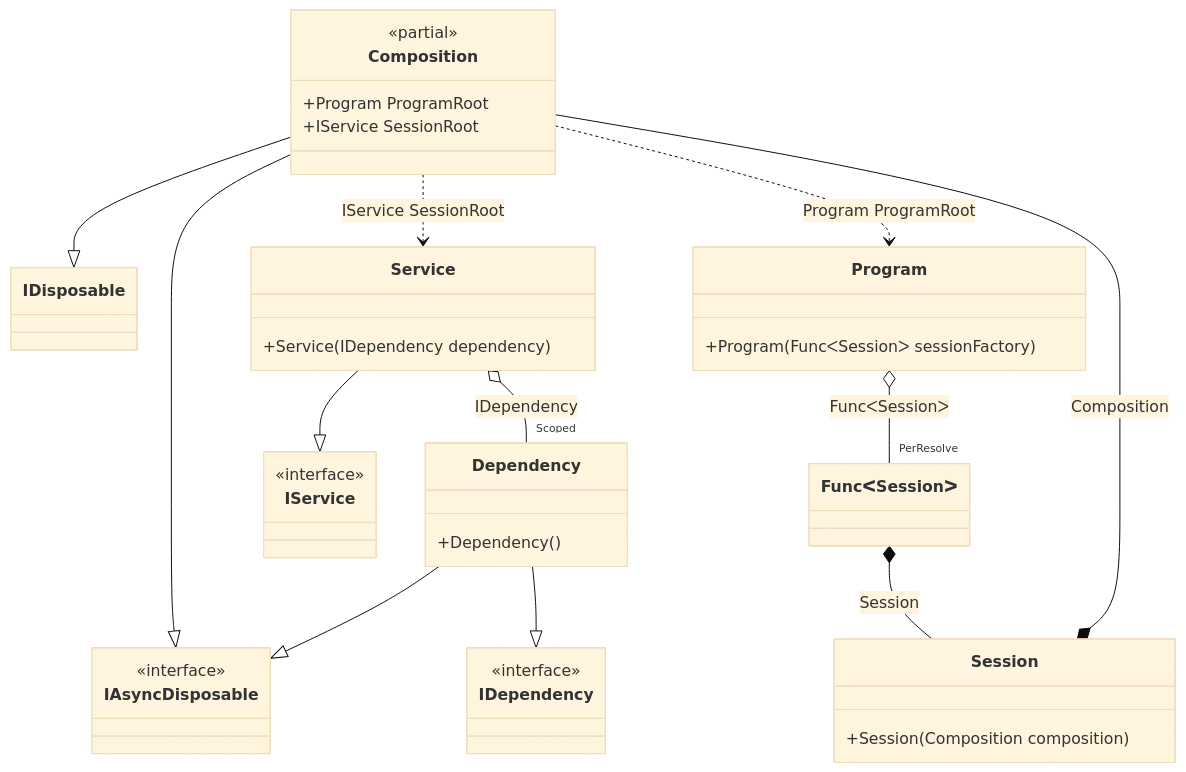
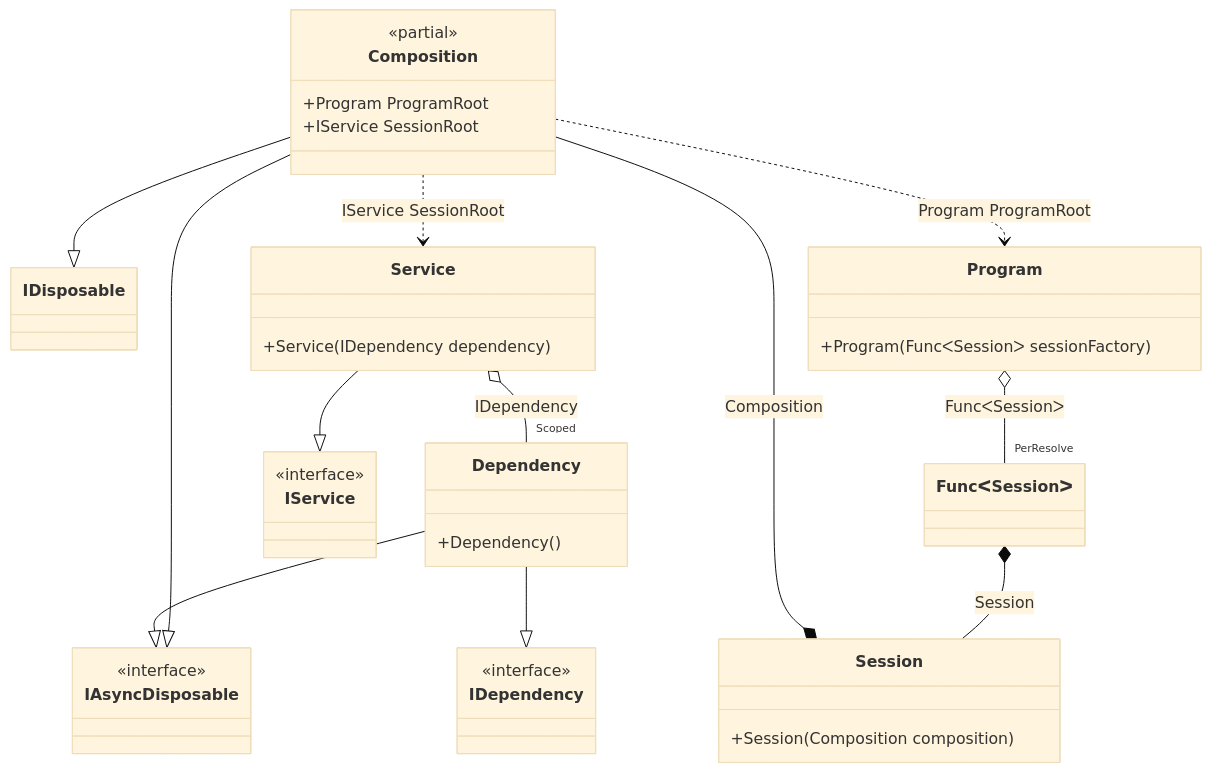
One commit to DevTeam/Pure.DI changed the diagram in readme/async-disposable-scope.md. Above: the diagram before and after it, drawn with Mermaid (base theme). The commit also changed other lines of this file and 90 other files, not shown here.

````diff
--- a/readme/async-disposable-scope.md
+++ b/readme/async-disposable-scope.md
@@ -234,42 +234,42 @@
 ```mermaid
 classDiagram
 	class Composition {
 		<<partial>>
 		+Program ProgramRoot
 		+IService SessionRoot
 	}
 	Composition --|> IDisposable
 	Composition --|> IAsyncDisposable
 	class Session {
 		+Session(Composition composition)
 	}
 	class Program {
 		+Program(FuncᐸSessionᐳ sessionFactory)
 	}
 	Dependency --|> IDependency
 	Dependency --|> IAsyncDisposable
 	class Dependency {
 		+Dependency()
 	}
 	Service --|> IService
 	class Service {
 		+Service(IDependency dependency)
 	}
 	class Composition
 	class FuncᐸSessionᐳ
 	class IDependency {
 		<<interface>>
 	}
 	class IAsyncDisposable {
 		<<interface>>
 	}
 	class IService {
 		<<interface>>
 	}
 	Session *--  Composition : Composition
 	Program o-- "PerResolve" FuncᐸSessionᐳ : FuncᐸSessionᐳ
+	Composition ..> Program : Program ProgramRoot
+	Composition ..> Service : IService SessionRoot
 	Service o-- "Scoped" Dependency : IDependency
-	Composition ..> Service : IService SessionRoot
-	Composition ..> Program : Program ProgramRoot
 	FuncᐸSessionᐳ *--  Session : Session
 ```
````
